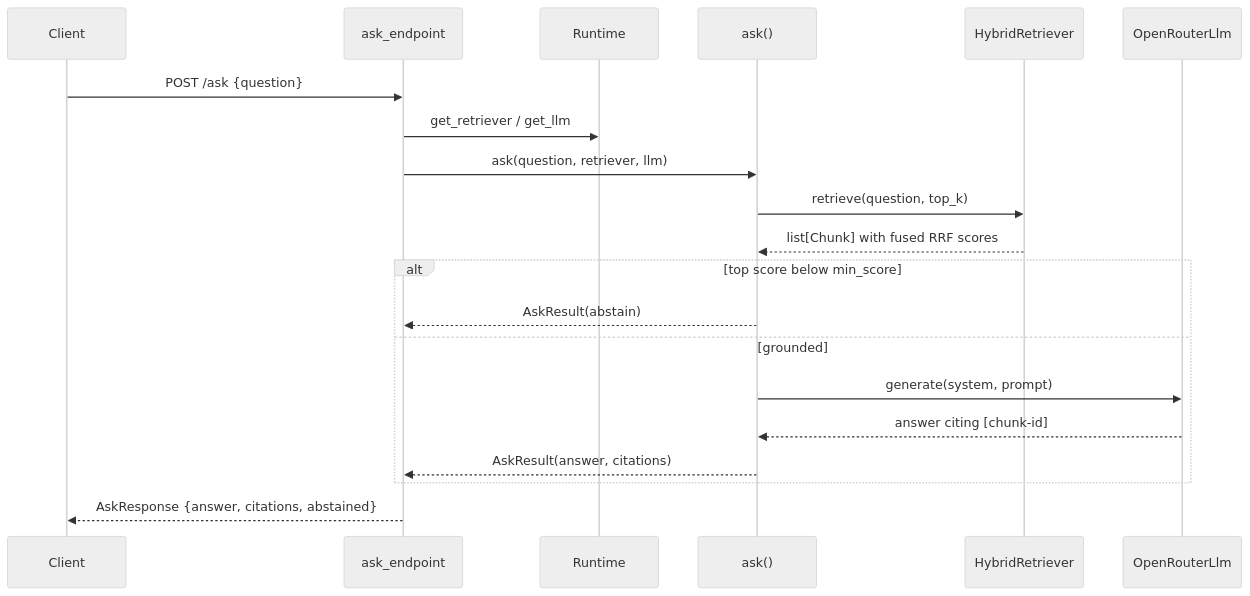
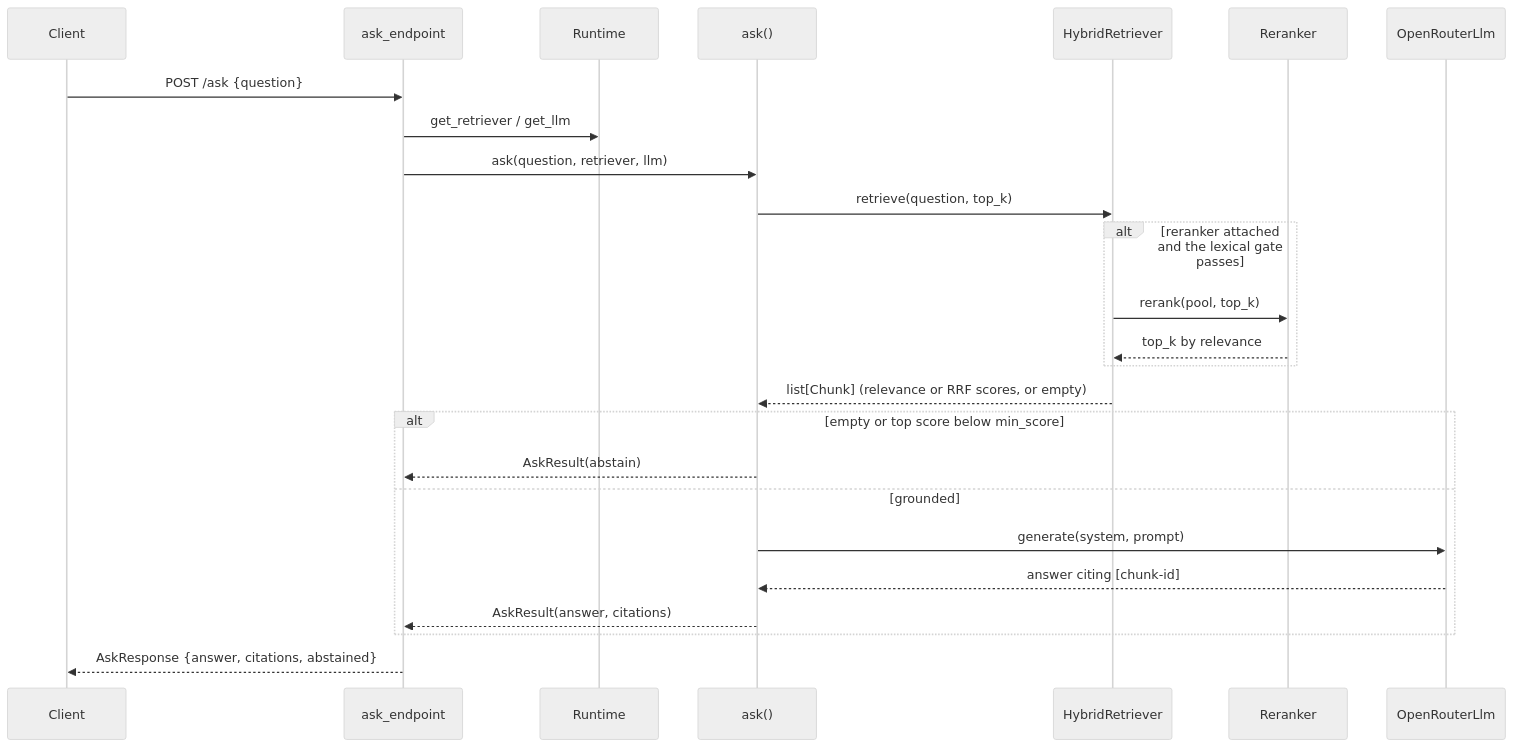
The third of 3 diagrams in docs/architecture.md (monitus2022/owl-online), drawn with Mermaid (neutral theme) before and after one commit. The commit also changed 10 other files, not shown here.

First line of the commit message:
fix(retrieval): address #6 review — lexical abstention gate, error normalization (#6)

````diff
--- a/docs/architecture.md
+++ b/docs/architecture.md
@@ -127,23 +127,28 @@
 ```mermaid
 sequenceDiagram
   participant C as Client
   participant API as ask_endpoint
   participant R as Runtime
   participant A as ask()
   participant RET as HybridRetriever
+  participant RR as Reranker
   participant LLM as OpenRouterLlm
 
   C->>API: POST /ask {question}
   API->>R: get_retriever / get_llm
   API->>A: ask(question, retriever, llm)
   A->>RET: retrieve(question, top_k)
-  RET-->>A: list[Chunk] with fused RRF scores
-  alt top score below min_score
+  alt reranker attached and the lexical gate passes
+    RET->>RR: rerank(pool, top_k)
+    RR-->>RET: top_k by relevance
+  end
+  RET-->>A: list[Chunk] (relevance or RRF scores, or empty)
+  alt empty or top score below min_score
     A-->>API: AskResult(abstain)
   else grounded
     A->>LLM: generate(system, prompt)
     LLM-->>A: answer citing [chunk-id]
     A-->>API: AskResult(answer, citations)
   end
   API-->>C: AskResponse {answer, citations, abstained}
 ```
````
